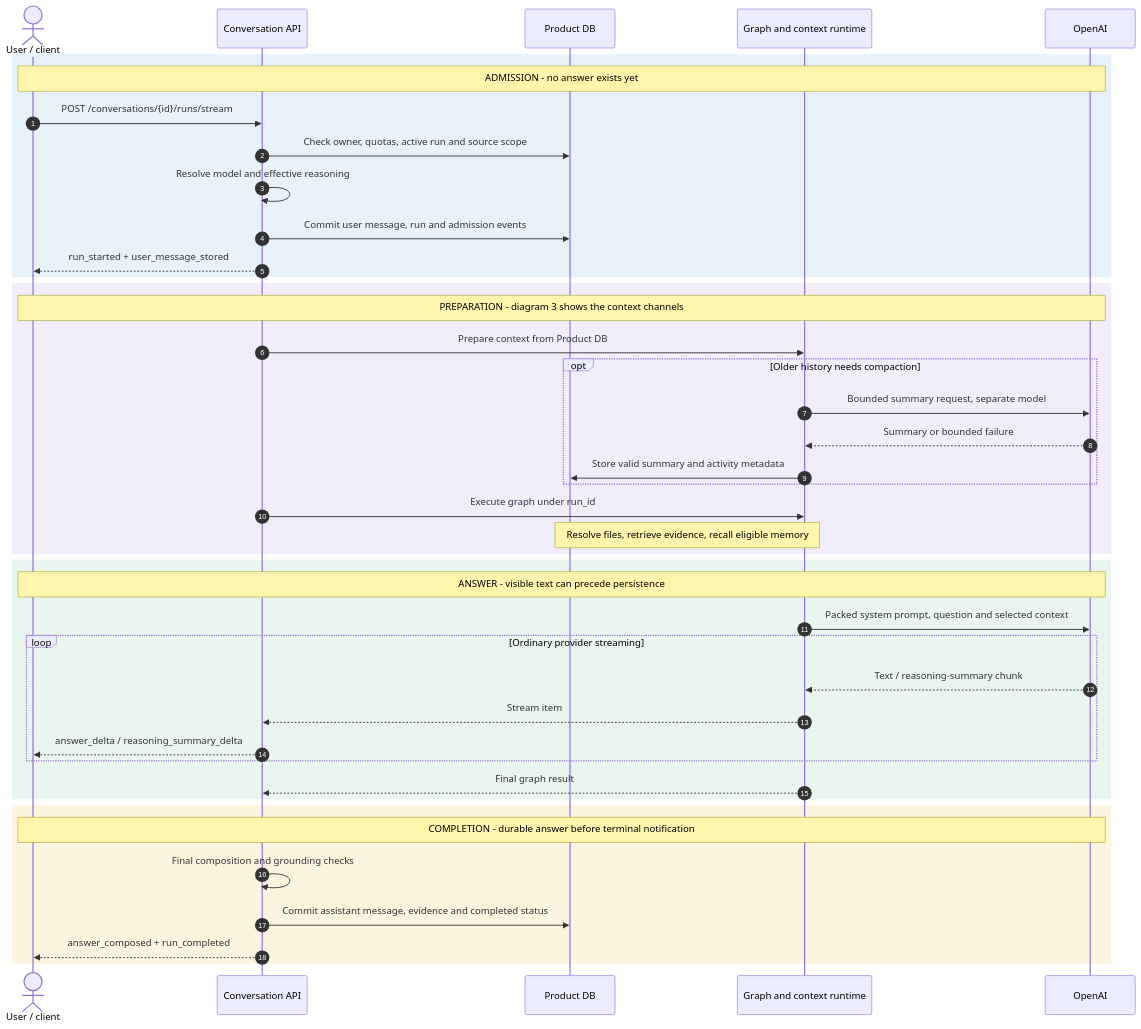
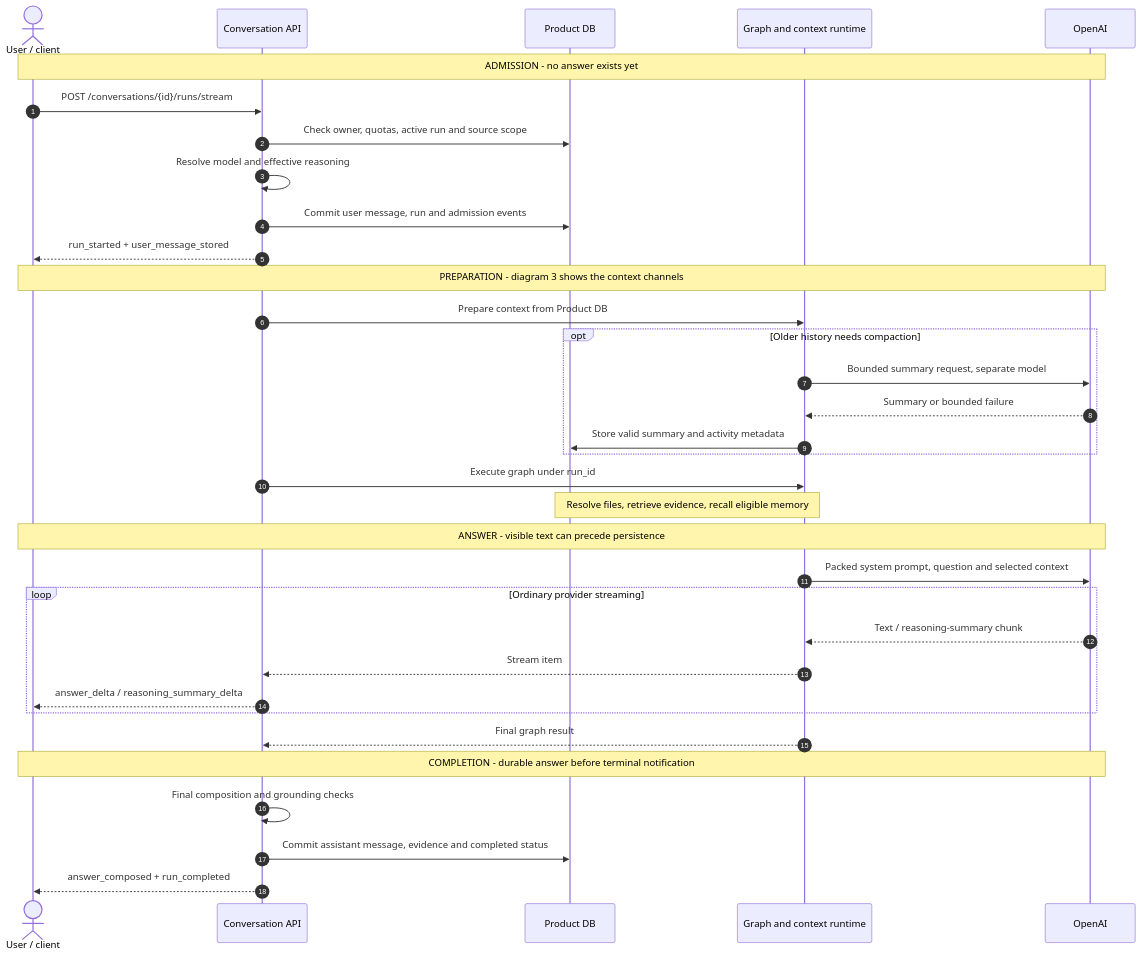
The second of 9 diagrams in docs/product-chat-service/38-message-to-answer-service-flow.md (heecheon92/my-agents), drawn with Mermaid before and after one commit. The commit also changed other lines of this file and 19 other files, not shown here.

Commit message:
docs: improve service flow diagram contrast across themes

````diff
--- a/docs/product-chat-service/38-message-to-answer-service-flow.md
+++ b/docs/product-chat-service/38-message-to-answer-service-flow.md
@@ -80,44 +80,36 @@
 ```mermaid
 sequenceDiagram
     autonumber
     actor C as User / client
     participant A as Conversation API
     participant D as Product DB
     participant G as Graph and context runtime
     participant O as OpenAI
-    rect rgb(231, 242, 250)
-        Note over C,O: ADMISSION - no answer exists yet
-        C->>A: POST /conversations/{id}/runs/stream
-        A->>D: Check owner, quotas, active run and source scope
-        A->>A: Resolve model and effective reasoning
-        A->>D: Commit user message, run and admission events
-        A-->>C: run_started + user_message_stored
+    Note over C,O: ADMISSION - no answer exists yet
+    C->>A: POST /conversations/{id}/runs/stream
+    A->>D: Check owner, quotas, active run and source scope
+    A->>A: Resolve model and effective reasoning
+    A->>D: Commit user message, run and admission events
+    A-->>C: run_started + user_message_stored
+    Note over C,O: PREPARATION - diagram 3 shows the context channels
+    A->>G: Prepare context from Product DB
+    opt Older history needs compaction
+        G->>O: Bounded summary request, separate model
+        O-->>G: Summary or bounded failure
+        G->>D: Store valid summary and activity metadata
     end
-    rect rgb(242, 237, 251)
-        Note over C,O: PREPARATION - diagram 3 shows the context channels
-        A->>G: Prepare context from Product DB
-        opt Older history needs compaction
-            G->>O: Bounded summary request, separate model
-            O-->>G: Summary or bounded failure
-            G->>D: Store valid summary and activity metadata
-        end
-        A->>G: Execute graph under run_id
-        Note over G,D: Resolve files, retrieve evidence, recall eligible memory
+    A->>G: Execute graph under run_id
+    Note over G,D: Resolve files, retrieve evidence, recall eligible memory
+    Note over C,O: ANSWER - visible text can precede persistence
+    G->>O: Packed system prompt, question and selected context
+    loop Ordinary provider streaming
+        O-->>G: Text / reasoning-summary chunk
+        G-->>A: Stream item
+        A-->>C: answer_delta / reasoning_summary_delta
     end
-    rect rgb(232, 246, 239)
-        Note over C,O: ANSWER - visible text can precede persistence
-        G->>O: Packed system prompt, question and selected context
-        loop Ordinary provider streaming
-            O-->>G: Text / reasoning-summary chunk
-            G-->>A: Stream item
-            A-->>C: answer_delta / reasoning_summary_delta
-        end
-        G-->>A: Final graph result
-    end
-    rect rgb(253, 244, 224)
-        Note over C,O: COMPLETION - durable answer before terminal notification
-        A->>A: Final composition and grounding checks
-        A->>D: Commit assistant message, evidence and completed status
-        A-->>C: answer_composed + run_completed
-    end
+    G-->>A: Final graph result
+    Note over C,O: COMPLETION - durable answer before terminal notification
+    A->>A: Final composition and grounding checks
+    A->>D: Commit assistant message, evidence and completed status
+    A-->>C: answer_composed + run_completed
 ```
````
